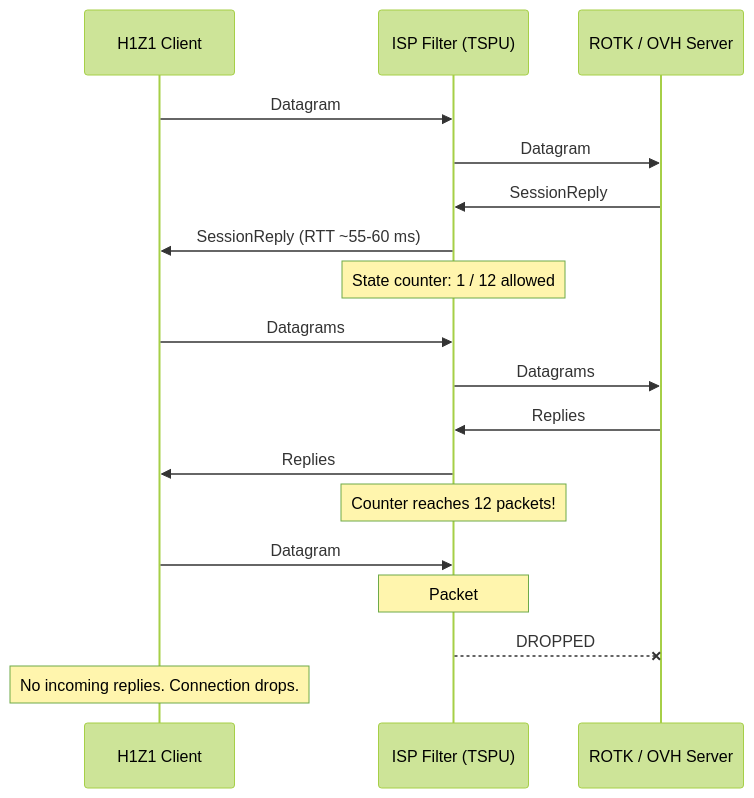
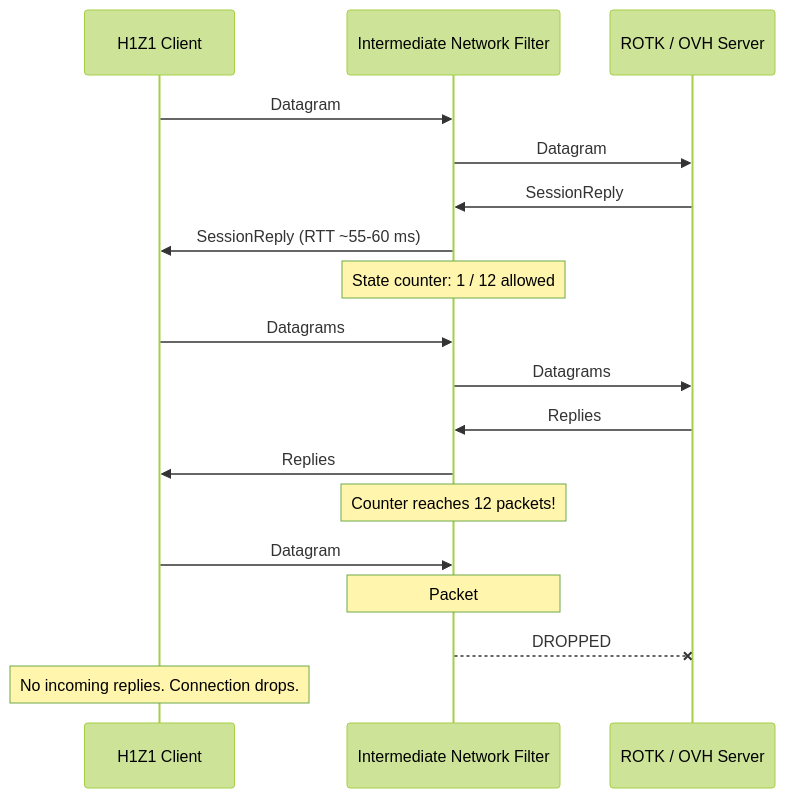
The first of 3 diagrams in docs/HOW_IT_WORKS.md (Blaykosik/H1Z1-ROTK-Russia), drawn with Mermaid (forest theme) before and after one commit. The commit also changed other lines of this file and 20 other files, not shown here.

````diff
--- a/docs/HOW_IT_WORKS.md
+++ b/docs/HOW_IT_WORKS.md
@@ -11,21 +11,21 @@
 ```mermaid
 sequenceDiagram
     participant Game as H1Z1 Client
-    participant ISP as ISP Filter (TSPU)
+    participant ISP as Intermediate Network Filter
     participant Server as ROTK / OVH Server
 
     Game->>ISP: Datagram #1 (SessionRequest)
     ISP->>Server: Datagram #1
     Server->>ISP: SessionReply
     ISP->>Game: SessionReply (RTT ~55-60 ms)
     Note over ISP: State counter: 1 / 12 allowed
     Game->>ISP: Datagrams #2 .. #12 (Login / Auth)
     ISP->>Server: Datagrams #2 .. #12
     Server->>ISP: Replies #2 .. #12
     ISP->>Game: Replies #2 .. #12
     Note over ISP: Counter reaches 12 packets!
     Game->>ISP: Datagram #13 (Game World Data)
-    Note over ISP: Packet #13 blackholed!
+    Note over ISP: Packet #13 dropped
     ISP--xServer: DROPPED
     Note over Game: No incoming replies. Connection drops.
 ```
````
